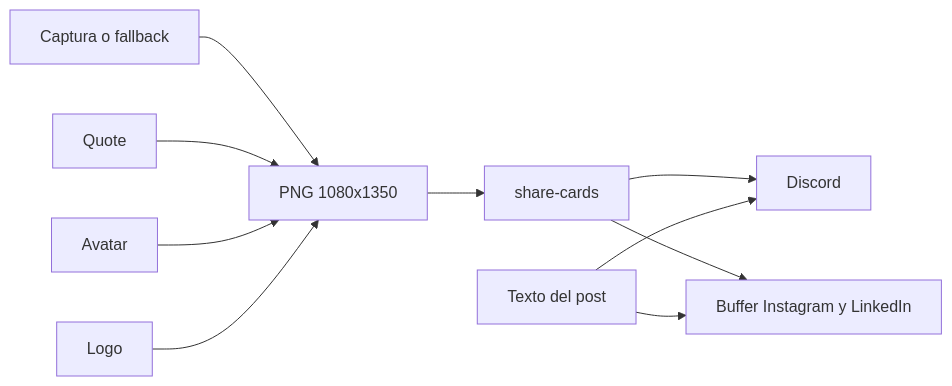
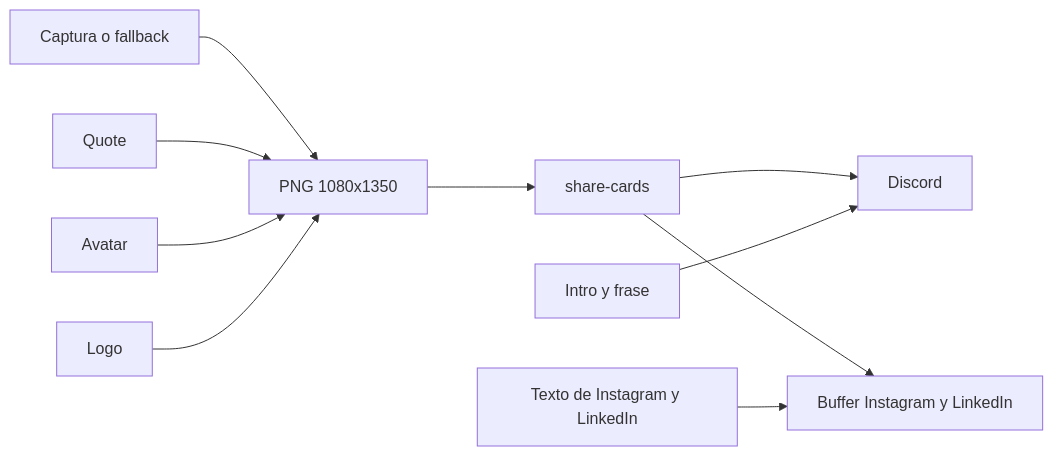
The third of 3 diagrams in apps/testimonios/docs/app_testimonios_plan.md (No-Country-simulation/fellowship-web-tt), drawn with Mermaid before and after one commit. The commit also changed other lines of this file and 27 other files, not shown here.

````diff
--- a/apps/testimonios/docs/app_testimonios_plan.md
+++ b/apps/testimonios/docs/app_testimonios_plan.md
@@ -178,12 +178,12 @@
 ```mermaid
 flowchart LR
   capture[Captura o fallback] --> card[PNG 1080x1350]
   quote[Quote] --> card
   avatar[Avatar] --> card
   logo[Logo] --> card
   card --> storage[share-cards]
   storage --> discord[Discord]
   storage --> buffer[Buffer Instagram y LinkedIn]
-  caption[Texto del post] --> discord
-  caption --> buffer
+  intro[Intro y frase] --> discord
+  caption[Texto de Instagram y LinkedIn] --> buffer
 ```
````
